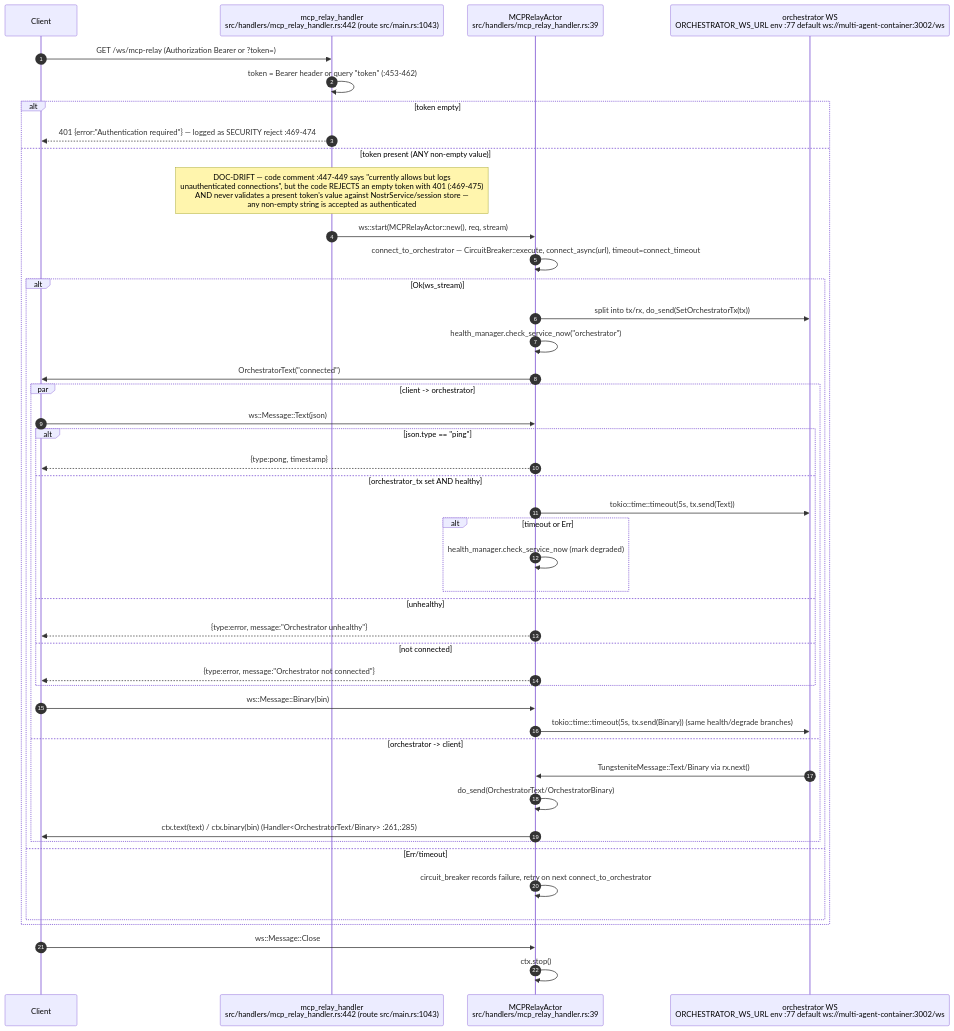
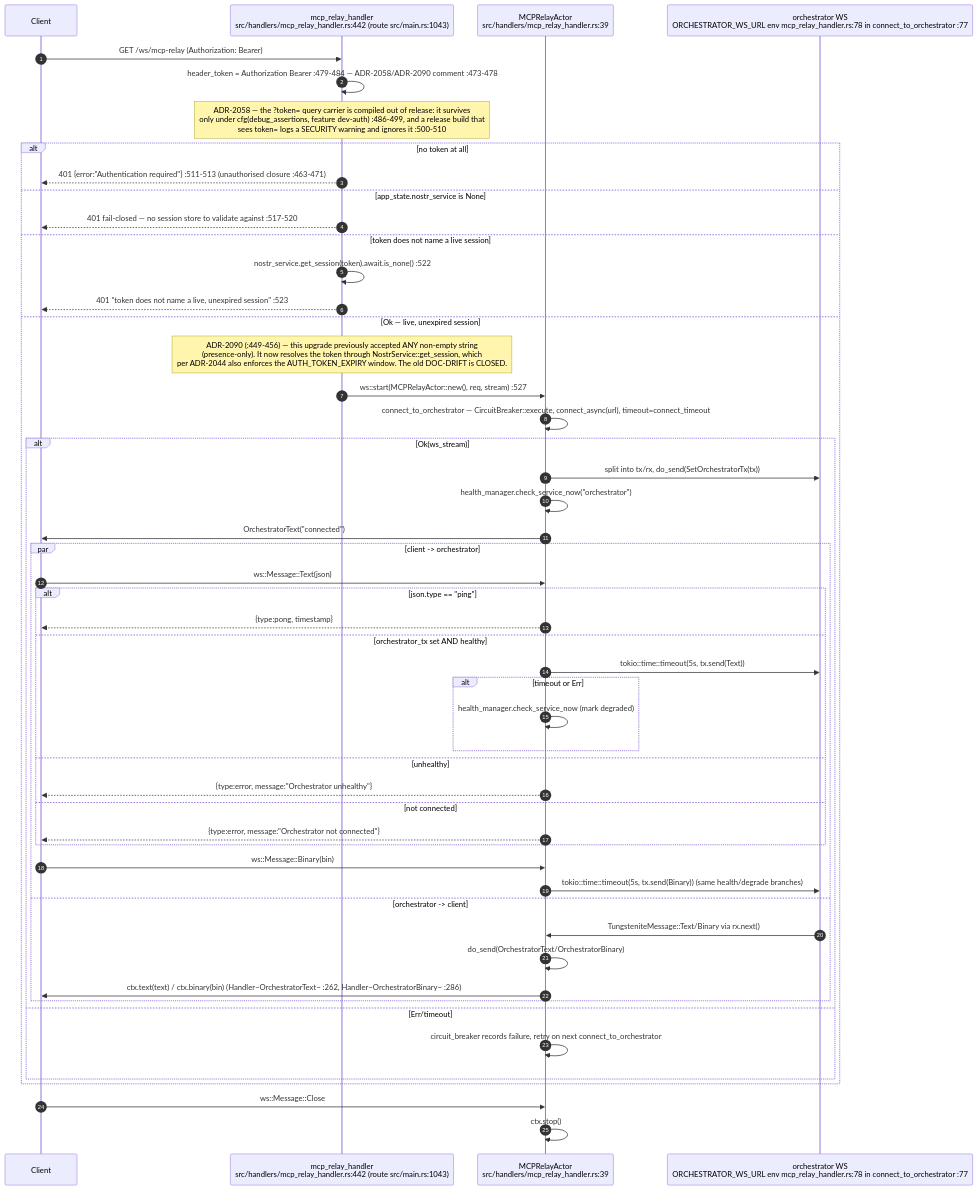
Diagram 12 of 18 in docs/diagrams/visionclaw/05-handlers-governance-and-identity.md (DreamLab-AI/VisionFlow), drawn with Mermaid before and after one commit. The commit also changed other lines of this file and 52 other files, not shown here.

First line of the commit message:
docs(diagrams): wave 3 checkpoint — bare line refs resolved, revision-pinned cite-check, VC-05/AB-01..13 re-attested

````diff
--- a/docs/diagrams/visionclaw/05-handlers-governance-and-identity.md
+++ b/docs/diagrams/visionclaw/05-handlers-governance-and-identity.md
@@ -585,48 +586,54 @@
 ```mermaid
 sequenceDiagram
     autonumber
     participant C as Client
     participant H as mcp_relay_handler<br/>src/handlers/mcp_relay_handler.rs:442 (route src/main.rs:1043)
     participant A as MCPRelayActor<br/>src/handlers/mcp_relay_handler.rs:39
-    participant O as orchestrator WS<br/>ORCHESTRATOR_WS_URL env :77 default ws://multi-agent-container:3002/ws
+    participant O as orchestrator WS<br/>ORCHESTRATOR_WS_URL env mcp_relay_handler.rs:78 in connect_to_orchestrator :77
 
-    C->>H: GET /ws/mcp-relay (Authorization Bearer or ?token=)
-    H->>H: token = Bearer header or query "token" (:453-462)
-    alt token empty
-        H-->>C: 401 {error:"Authentication required"} — logged as SECURITY reject :469-474
-    else token present (ANY non-empty value)
-        Note over H: DOC-DRIFT — code comment :447-449 says "currently allows but logs<br/>unauthenticated connections", but the code REJECTS an empty token with 401 (:469-475)<br/>AND never validates a present token's value against NostrService/session store —<br/>any non-empty string is accepted as authenticated
-        H->>A: ws::start(MCPRelayActor::new(), req, stream)
+    C->>H: GET /ws/mcp-relay (Authorization: Bearer)
+    H->>H: header_token = Authorization Bearer :479-484 — ADR-2058/ADR-2090 comment :473-478
+    Note over H: ADR-2058 — the ?token= query carrier is compiled out of release: it survives<br/>only under cfg(debug_assertions, feature dev-auth) :486-499, and a release build that<br/>sees token= logs a SECURITY warning and ignores it :500-510
+    alt no token at all
+        H-->>C: 401 {error:"Authentication required"} :511-513 (unauthorised closure :463-471)
+    else app_state.nostr_service is None
+        H-->>C: 401 fail-closed — no session store to validate against :517-520
+    else token does not name a live session
+        H->>H: nostr_service.get_session(token).await.is_none() :522
+        H-->>C: 401 "token does not name a live, unexpired session" :523
+    else Ok — live, unexpired session
+        Note over H: ADR-2090 (:449-456) — this upgrade previously accepted ANY non-empty string<br/>(presence-only). It now resolves the token through NostrService::get_session, which<br/>per ADR-2044 also enforces the AUTH_TOKEN_EXPIRY window. The old DOC-DRIFT is CLOSED.
+        H->>A: ws::start(MCPRelayActor::new(), req, stream) :527
         A->>A: connect_to_orchestrator — CircuitBreaker::execute, connect_async(url), timeout=connect_timeout
         alt Ok(ws_stream)
             A->>O: split into tx/rx, do_send(SetOrchestratorTx(tx))
             A->>A: health_manager.check_service_now("orchestrator")
             A->>C: OrchestratorText("connected")
             par client -> orchestrator
                 C->>A: ws::Message::Text(json)
                 alt json.type == "ping"
                     A-->>C: {type:pong, timestamp}
                 else orchestrator_tx set AND healthy
                     A->>O: tokio::time::timeout(5s, tx.send(Text))
                     alt timeout or Err
                         A->>A: health_manager.check_service_now (mark degraded)
                     end
                 else unhealthy
                     A-->>C: {type:error, message:"Orchestrator unhealthy"}
                 else not connected
                     A-->>C: {type:error, message:"Orchestrator not connected"}
                 end
                 C->>A: ws::Message::Binary(bin)
                 A->>O: tokio::time::timeout(5s, tx.send(Binary)) (same health/degrade branches)
             and orchestrator -> client
                 O->>A: TungsteniteMessage::Text/Binary via rx.next()
                 A->>A: do_send(OrchestratorText/OrchestratorBinary)
-                A->>C: ctx.text(text) / ctx.binary(bin) (Handler<OrchestratorText/Binary> :261,:285)
+                A->>C: ctx.text(text) / ctx.binary(bin) (Handler~OrchestratorText~ :262, Handler~OrchestratorBinary~ :286)
             end
         else Err/timeout
             A->>A: circuit_breaker records failure, retry on next connect_to_orchestrator
         end
     end
     C->>A: ws::Message::Close
     A->>A: ctx.stop()
 ```
````
